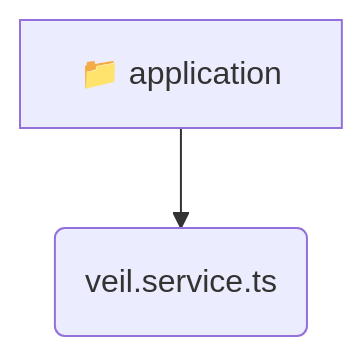
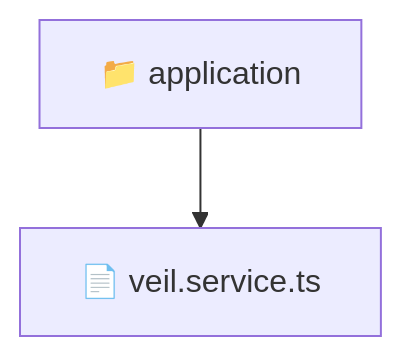
Before and after one commit to beginwebdev2002/fullstack-mavluda: the diagram in backend/src/modules/veil/application/README.md, drawn with Mermaid. The commit also changed other lines of this file and 163 other files, not shown here.

````diff
--- a/backend/src/modules/veil/application/README.md
+++ b/backend/src/modules/veil/application/README.md
@@ -9,5 +10,5 @@
 ```mermaid
 graph TD
-  application[📁 application]
-  application --> application_veil_service_ts(veil.service.ts)
+  Root["📁 application"]
+  Root --> veilservicets["📄 veil.service.ts"]
 ```
````
